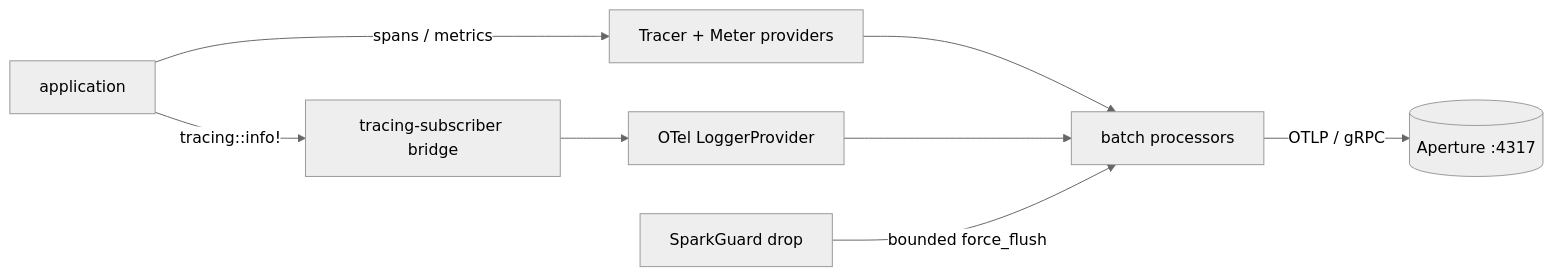
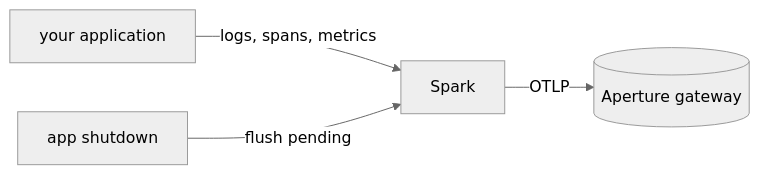
The diagram in src/content/docs/components/spark.md (andrealaforgia/kaleidoscope-site), drawn with Mermaid (neutral theme) before and after one commit. The commit also changed other lines of this file and 23 other files, not shown here.

````diff
--- a/src/content/docs/components/spark.md
+++ b/src/content/docs/components/spark.md
@@ -34,10 +34,6 @@
 ```mermaid
 flowchart LR
- App[application] -->|tracing::info!| Bridge[tracing-subscriber bridge]
- Bridge --> LP[OTel LoggerProvider]
- App -->|spans / metrics| TP[Tracer + Meter providers]
- TP --> BP[batch processors]
- LP --> BP
- BP -->|OTLP / gRPC| Endpoint[(Aperture :4317)]
- Guard[SparkGuard drop] -->|bounded force_flush| BP
+    App[your application] -->|logs, spans, metrics| Spark[Spark]
+    Spark -->|OTLP| GW[(Aperture gateway)]
+    Shutdown[app shutdown] -->|flush pending| Spark
 ```
````
